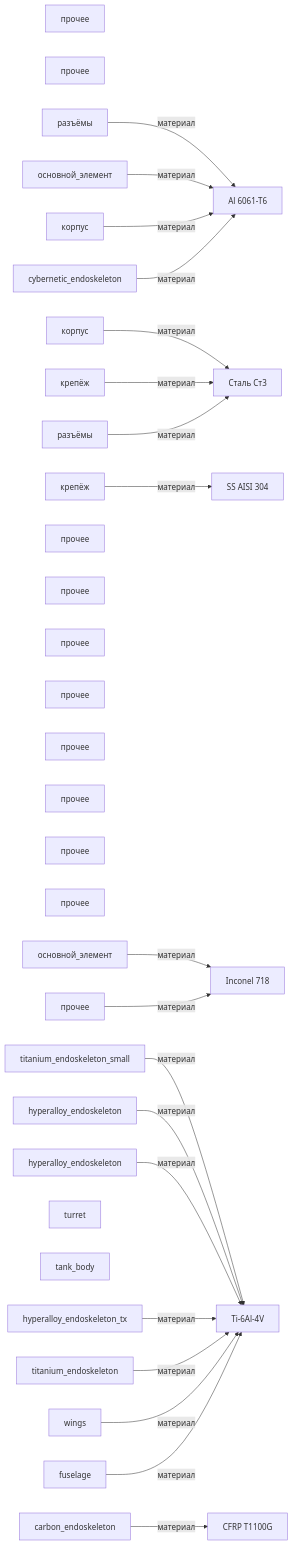
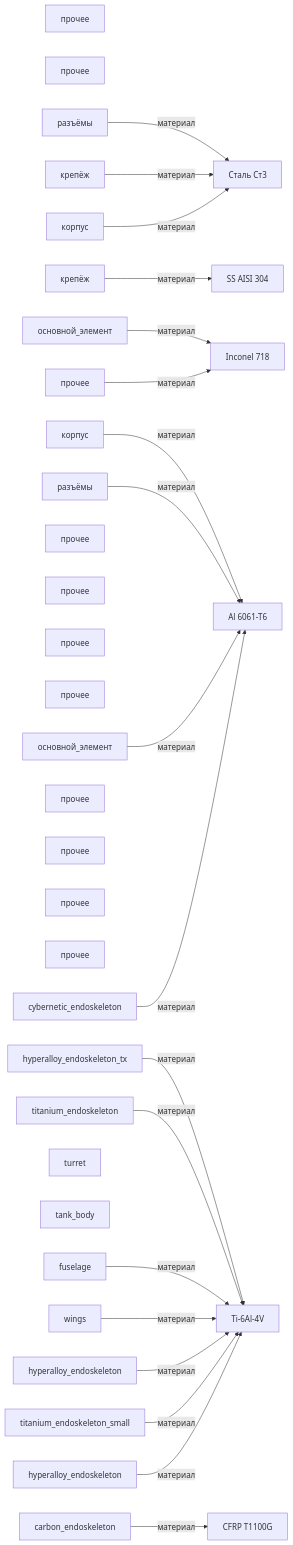
Before and after one commit to a-m-e-n-t-e-t/SkyNet: the diagram in graphs/mermaid/graph1_каркас.md, drawn with Mermaid. The commit also changed other lines of this file and 12 other files, not shown here.

````diff
--- a/graphs/mermaid/graph1_каркас.md
+++ b/graphs/mermaid/graph1_каркас.md
@@ -3,57 +3,57 @@
 ```mermaid
 graph LR
+    izdelie_kompensatory[прочее]
     izdelie_reshetchatyi_karkas[прочее]
-    izdelie_kompensatory[прочее]
+    часть_kompensatory_connectors[разъёмы]
+    часть_kompensatory_mounting[крепёж]
+    часть_kompensatory_core[основной_элемент]
+    часть_kompensatory_housing[корпус]
+    часть_reshetchatyi_karkas_mounting[крепёж]
     часть_reshetchatyi_karkas_connectors[разъёмы]
     часть_reshetchatyi_karkas_housing[корпус]
     часть_reshetchatyi_karkas_core[основной_элемент]
-    часть_reshetchatyi_karkas_mounting[крепёж]
-    часть_kompensatory_housing[корпус]
-    часть_kompensatory_mounting[крепёж]
-    часть_kompensatory_connectors[разъёмы]
-    часть_kompensatory_core[основной_элемент]
+    izdelie_SkyNet_TX[прочее]
+    izdelie_SkyNet_MarcusWright[прочее]
+    izdelie_SkyNet_T600[прочее]
+    izdelie_SkyNet_HKTank[прочее]
+    izdelie_SkyNet_HKAerial[прочее]
+    izdelie_SkyNet_Rev9[прочее]
+    izdelie_SkyNet_T850[прочее]
     izdelie_SkyNet_Cameron[прочее]
-    izdelie_SkyNet_T850[прочее]
-    izdelie_SkyNet_Rev9[прочее]
     izdelie_SkyNet_T800[прочее]
-    izdelie_SkyNet_HKTank[прочее]
-    izdelie_SkyNet_MarcusWright[прочее]
-    izdelie_SkyNet_TX[прочее]
-    izdelie_SkyNet_T600[прочее]
-    izdelie_SkyNet_HKAerial[прочее]
-    часть_cameron_эндоскелет[titanium_endoskeleton_small]
-    часть_t850_эндоскелет[hyperalloy_endoskeleton]
-    часть_rev9_endoskeleton[carbon_endoskeleton]
-    часть_t800_эндоскелет_торс[hyperalloy_endoskeleton]
+    часть_t_x_эндоскелет[hyperalloy_endoskeleton_tx]
+    часть_marcus_эндоскелет[cybernetic_endoskeleton]
+    часть_t600_эндоскелет[titanium_endoskeleton]
     часть_hk_tank_башня[turret]
     часть_hk_tank_корпус[tank_body]
-    часть_marcus_эндоскелет[cybernetic_endoskeleton]
-    часть_t_x_эндоскелет[hyperalloy_endoskeleton_tx]
-    часть_t600_эндоскелет[titanium_endoskeleton]
+    часть_hk_aerial_фюзеляж[fuselage]
     часть_hk_aerial_крылья[wings]
-    часть_hk_aerial_фюзеляж[fuselage]
+    часть_rev9_endoskeleton[carbon_endoskeleton]
+    часть_t850_эндоскелет[hyperalloy_endoskeleton]
+    часть_cameron_эндоскелет[titanium_endoskeleton_small]
+    часть_t800_эндоскелет_торс[hyperalloy_endoskeleton]
     material_al_6061_t6[Al 6061-T6]
     material_cfrp_t1100g[CFRP T1100G]
     material_inconel_718[Inconel 718]
     material_ss_aisi_304[SS AISI 304]
     material_stal_st3[Сталь Ст3]
     material_ti_6al_4v[Ti-6Al-4V]
+    часть_kompensatory_connectors -->|материал| material_stal_st3
+    часть_kompensatory_mounting -->|материал| material_ss_aisi_304
+    часть_kompensatory_core -->|материал| material_inconel_718
+    часть_kompensatory_housing -->|материал| material_al_6061_t6
+    часть_reshetchatyi_karkas_mounting -->|материал| material_stal_st3
     часть_reshetchatyi_karkas_connectors -->|материал| material_al_6061_t6
     часть_reshetchatyi_karkas_housing -->|материал| material_stal_st3
     часть_reshetchatyi_karkas_core -->|материал| material_al_6061_t6
-    часть_reshetchatyi_karkas_mounting -->|материал| material_stal_st3
-    часть_kompensatory_housing -->|материал| material_al_6061_t6
-    часть_kompensatory_mounting -->|материал| material_ss_aisi_304
-    часть_kompensatory_connectors -->|материал| material_stal_st3
-    часть_kompensatory_core -->|материал| material_inconel_718
     izdelie_SkyNet_HKAerial -->|материал| material_inconel_718
+    часть_t_x_эндоскелет -->|материал| material_ti_6al_4v
+    часть_marcus_эндоскелет -->|материал| material_al_6061_t6
+    часть_t600_эндоскелет -->|материал| material_ti_6al_4v
+    часть_hk_aerial_фюзеляж -->|материал| material_ti_6al_4v
+    часть_hk_aerial_крылья -->|материал| material_ti_6al_4v
+    часть_rev9_endoskeleton -->|материал| material_cfrp_t1100g
+    часть_t850_эндоскелет -->|материал| material_ti_6al_4v
     часть_cameron_эндоскелет -->|материал| material_ti_6al_4v
-    часть_t850_эндоскелет -->|материал| material_ti_6al_4v
-    часть_rev9_endoskeleton -->|материал| material_cfrp_t1100g
     часть_t800_эндоскелет_торс -->|материал| material_ti_6al_4v
-    часть_marcus_эндоскелет -->|материал| material_al_6061_t6
-    часть_t_x_эндоскелет -->|материал| material_ti_6al_4v
-    часть_t600_эндоскелет -->|материал| material_ti_6al_4v
-    часть_hk_aerial_крылья -->|материал| material_ti_6al_4v
-    часть_hk_aerial_фюзеляж -->|материал| material_ti_6al_4v
 ```
````
